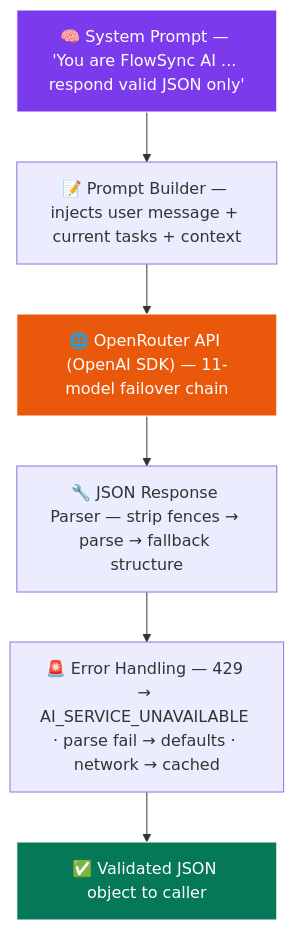
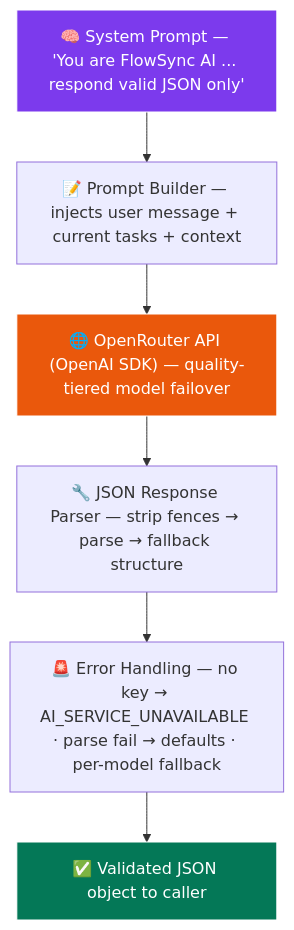
One commit to Shubham-997800/FlowSyncAi changed the sixth of 8 diagrams in README.md. Above: the diagram before and after it, drawn with Mermaid. The commit also changed other lines of this file and 29 other files, not shown here.

First line of the commit message:
feat: v3.5 polish + coverage - AI quality tiers, chat context, shortcuts, error hardening

````diff
--- a/README.md
+++ b/README.md
@@ -698,16 +707,16 @@
 ```mermaid
 flowchart TB
     SYS["🧠 System Prompt — 'You are FlowSync AI ... respond valid JSON only'"]
     PB["📝 Prompt Builder — injects user message + current tasks + context"]
-    OR["🌐 OpenRouter API (OpenAI SDK) — 11-model failover chain"]
+    OR["🌐 OpenRouter API (OpenAI SDK) — quality-tiered model failover"]
     PARSER["🔧 JSON Response Parser — strip fences → parse → fallback structure"]
-    ERR["🚨 Error Handling — 429 → AI_SERVICE_UNAVAILABLE · parse fail → defaults · network → cached"]
+    ERR["🚨 Error Handling — no key → AI_SERVICE_UNAVAILABLE · parse fail → defaults · per-model fallback"]
 
     SYS --> PB --> OR --> PARSER
     PARSER --> ERR
     ERR --> OUT["✅ Validated JSON object to caller"]
 
     style SYS fill:#7c3aed,stroke:#fff,color:#fff
     style OR fill:#ea580c,stroke:#fff,color:#fff
     style OUT fill:#047857,stroke:#fff,color:#fff
 ```
````
